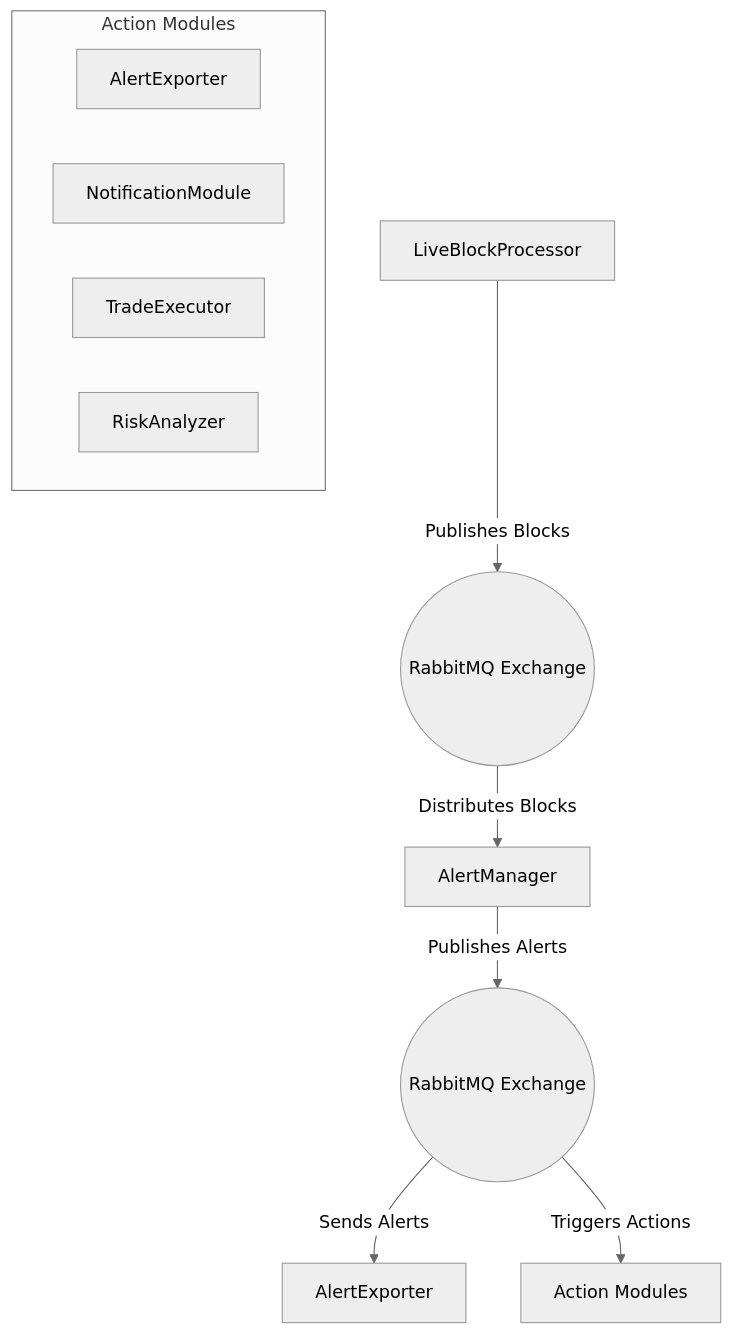
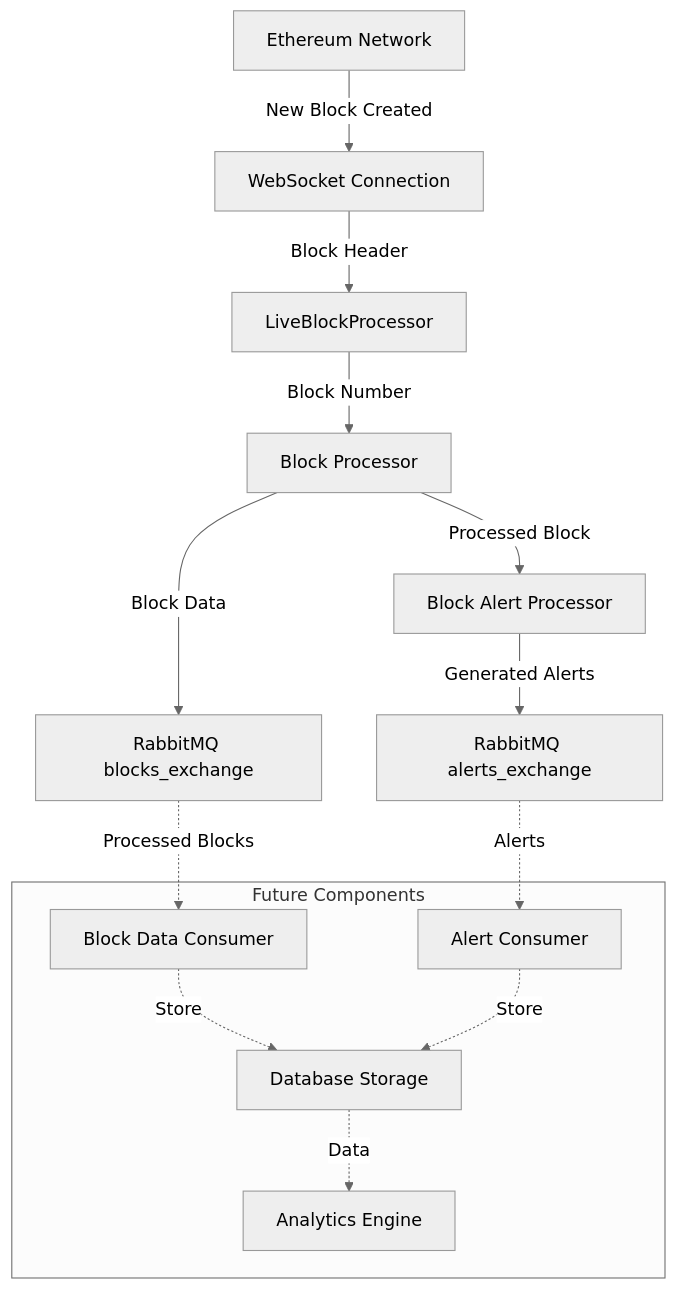
One commit to NimaMan/eth changed the diagram in pyeth/eth_data/docs/alerts/alert_manager.md. Above: the diagram before and after it, drawn with Mermaid (neutral theme). The commit also changed other lines of this file and 7 other files, not shown here.

First line of the commit message:
Refactor Ethereum Block Processing and Alert System Documentation

````diff
--- a/pyeth/eth_data/docs/alerts/alert_manager.md
+++ b/pyeth/eth_data/docs/alerts/alert_manager.md
@@ -63,15 +9,22 @@
 ```mermaid
 graph TD
-    A[LiveBlockProcessor] -->|Publishes Blocks| B((RabbitMQ Exchange))
-    B -->|Distributes Blocks| C[AlertManager]
-    C -->|Publishes Alerts| D((RabbitMQ Exchange))
-    D -->|Sends Alerts| E[AlertExporter]
-    D -->|Triggers Actions| F[Action Modules]
-    
-    subgraph Action Modules
-        G[AlertExporter]
-        H[NotificationModule]
-        I[TradeExecutor]
-        J[RiskAnalyzer]
+    A[Ethereum Network] -->|New Block Created| B[WebSocket Connection]
+    B -->|Block Header| C[LiveBlockProcessor]
+    C -->|Block Number| D[Block Processor]
+    D -->|Processed Block| E[Block Alert Processor]
+    D -->|Block Data| F[RabbitMQ blocks_exchange]
+    E -->|Generated Alerts| G[RabbitMQ alerts_exchange]
+
+    subgraph "Future Components"
+        H[Alert Consumer]
+        I[Block Data Consumer]
+        J[Database Storage]
+        K[Analytics Engine]
     end
+
+    F -.->|Processed Blocks| I
+    G -.->|Alerts| H
+    I -.->|Store| J
+    H -.->|Store| J
+    J -.->|Data| K
 ```
````
